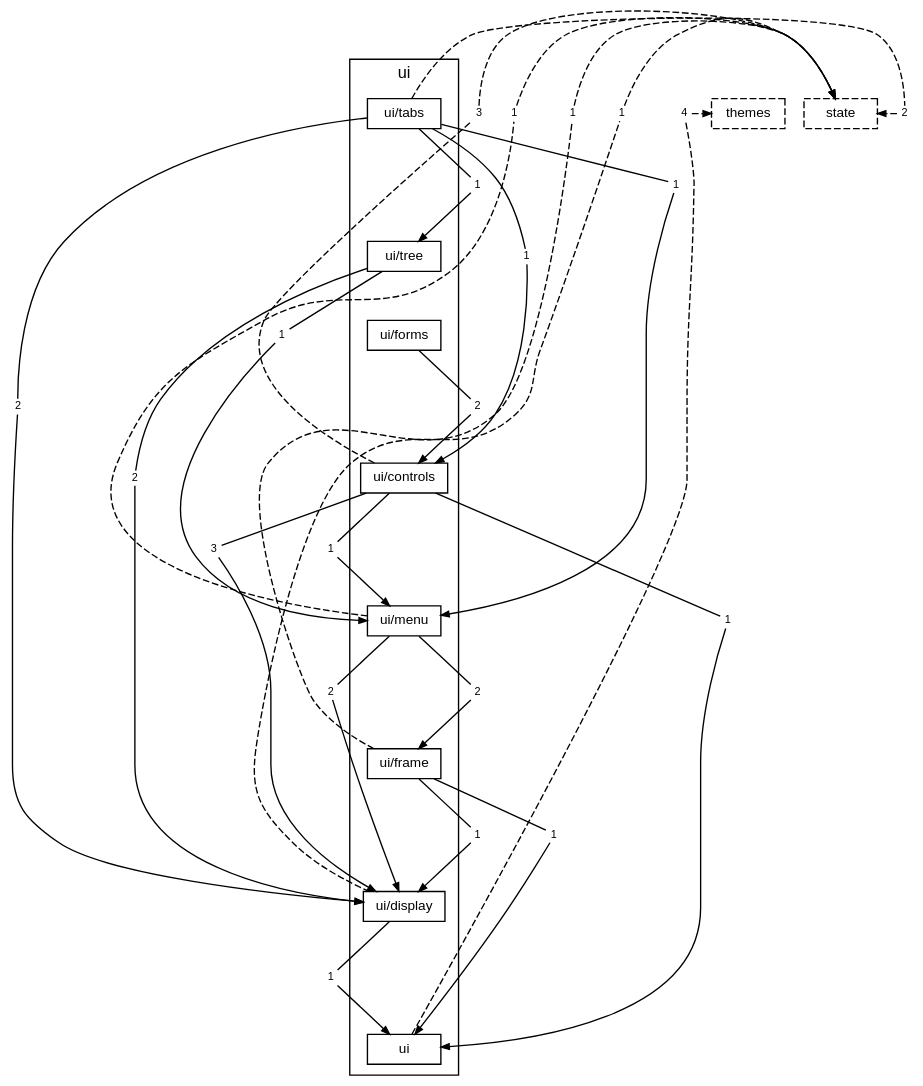
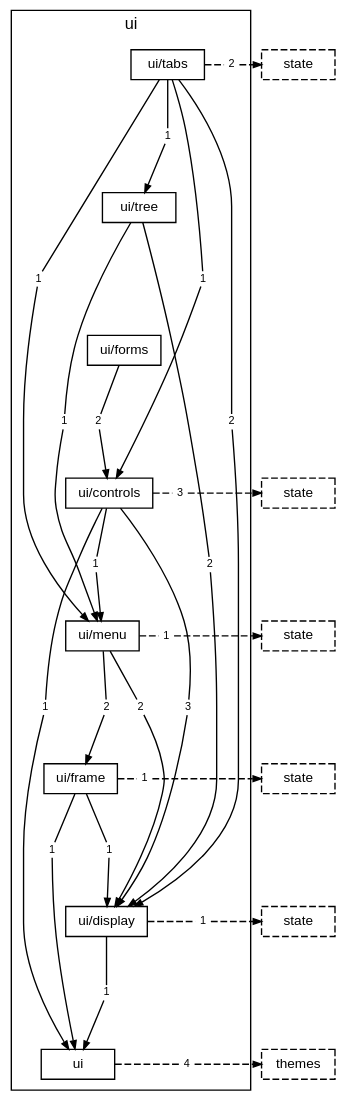
One commit to TheAxeC/oculus changed the diagram in docs/diagrams/layer-ui.dot. Above: the diagram before and after it, drawn with Graphviz. The commit also changed 33 other files, not shown here.

First line of the commit message:
Land Q74: the layer diagrams readable with every count clear

```diff
--- a/docs/diagrams/layer-ui.dot
+++ b/docs/diagrams/layer-ui.dot
@@ -12,77 +12,87 @@
         "folder ui/frame" [label="ui/frame"];
         "folder ui/display" [label="ui/display"];
         "folder ui" [label="ui"];
+        "folder ui/tabs to folder ui/controls" [label="1", shape=box, color="transparent", fontsize=8, width=0, height=0, margin="0.04,0.02"];
+        "folder ui/tabs to folder ui/display" [label="2", shape=box, color="transparent", fontsize=8, width=0, height=0, margin="0.04,0.02"];
+        "folder ui/tabs to folder ui/menu" [label="1", shape=box, color="transparent", fontsize=8, width=0, height=0, margin="0.04,0.02"];
+        "folder ui/tabs to folder ui/tree" [label="1", shape=box, color="transparent", fontsize=8, width=0, height=0, margin="0.04,0.02"];
+        "folder ui/tabs to layer state" [label="2", shape=box, color="transparent", fontsize=8, width=0, height=0, margin="0.04,0.02"];
+        "folder ui/tree to folder ui/display" [label="2", shape=box, color="transparent", fontsize=8, width=0, height=0, margin="0.04,0.02"];
+        "folder ui/tree to folder ui/menu" [label="1", shape=box, color="transparent", fontsize=8, width=0, height=0, margin="0.04,0.02"];
+        "folder ui/forms to folder ui/controls" [label="2", shape=box, color="transparent", fontsize=8, width=0, height=0, margin="0.04,0.02"];
+        "folder ui/controls to folder ui" [label="1", shape=box, color="transparent", fontsize=8, width=0, height=0, margin="0.04,0.02"];
+        "folder ui/controls to folder ui/display" [label="3", shape=box, color="transparent", fontsize=8, width=0, height=0, margin="0.04,0.02"];
+        "folder ui/controls to folder ui/menu" [label="1", shape=box, color="transparent", fontsize=8, width=0, height=0, margin="0.04,0.02"];
+        "folder ui/controls to layer state" [label="3", shape=box, color="transparent", fontsize=8, width=0, height=0, margin="0.04,0.02"];
+        "folder ui/menu to folder ui/display" [label="2", shape=box, color="transparent", fontsize=8, width=0, height=0, margin="0.04,0.02"];
+        "folder ui/menu to folder ui/frame" [label="2", shape=box, color="transparent", fontsize=8, width=0, height=0, margin="0.04,0.02"];
+        "folder ui/menu to layer state" [label="1", shape=box, color="transparent", fontsize=8, width=0, height=0, margin="0.04,0.02"];
+        "folder ui/frame to folder ui" [label="1", shape=box, color="transparent", fontsize=8, width=0, height=0, margin="0.04,0.02"];
+        "folder ui/frame to folder ui/display" [label="1", shape=box, color="transparent", fontsize=8, width=0, height=0, margin="0.04,0.02"];
+        "folder ui/frame to layer state" [label="1", shape=box, color="transparent", fontsize=8, width=0, height=0, margin="0.04,0.02"];
+        "folder ui/display to folder ui" [label="1", shape=box, color="transparent", fontsize=8, width=0, height=0, margin="0.04,0.02"];
+        "folder ui/display to layer state" [label="1", shape=box, color="transparent", fontsize=8, width=0, height=0, margin="0.04,0.02"];
+        "folder ui to layer themes" [label="4", shape=box, color="transparent", fontsize=8, width=0, height=0, margin="0.04,0.02"];
     }
-    "layer state" [label="state", style=dashed];
-    "layer themes" [label="themes", style=dashed];
-    "folder ui/tabs" -> "folder ui/tree" [style=invis, weight=10];
-    "folder ui/tree" -> "folder ui/forms" [style=invis, weight=10];
-    "folder ui/forms" -> "folder ui/controls" [style=invis, weight=10];
-    "folder ui/controls" -> "folder ui/menu" [style=invis, weight=10];
-    "folder ui/menu" -> "folder ui/frame" [style=invis, weight=10];
-    "folder ui/frame" -> "folder ui/display" [style=invis, weight=10];
-    "folder ui/display" -> "folder ui" [style=invis, weight=10];
-    "folder ui to layer themes" [label="4", shape=box, color="transparent", fontsize=8, width=0, height=0, margin="0.04,0.02"];
-    "folder ui" -> "folder ui to layer themes" [arrowhead=none, style=dashed, constraint=false];
-    "folder ui to layer themes" -> "layer themes" [style=dashed, constraint=false];
-    "folder ui/controls to folder ui" [label="1", shape=box, color="transparent", fontsize=8, width=0, height=0, margin="0.04,0.02"];
-    "folder ui/controls" -> "folder ui/controls to folder ui" [arrowhead=none];
+    "layer state from folder ui/tabs" [label="state", style=dashed];
+    "layer state from folder ui/controls" [label="state", style=dashed];
+    "layer state from folder ui/menu" [label="state", style=dashed];
+    "layer state from folder ui/frame" [label="state", style=dashed];
+    "layer state from folder ui/display" [label="state", style=dashed];
+    "layer themes from folder ui" [label="themes", style=dashed];
+    "folder ui/tabs" -> "folder ui/tree" [style=invis, weight=10, minlen=2];
+    "folder ui/tree" -> "folder ui/forms" [style=invis, weight=10, minlen=2];
+    "folder ui/forms" -> "folder ui/controls" [style=invis, weight=10, minlen=2];
+    "folder ui/controls" -> "folder ui/menu" [style=invis, weight=10, minlen=2];
+    "folder ui/menu" -> "folder ui/frame" [style=invis, weight=10, minlen=2];
+    "folder ui/frame" -> "folder ui/display" [style=invis, weight=10, minlen=2];
+    "folder ui/display" -> "folder ui" [style=invis, weight=10, minlen=2];
+    "folder ui/tabs" -> "folder ui/tabs to folder ui/controls" [arrowhead=none, minlen=3, weight=10];
+    "folder ui/tabs to folder ui/controls" -> "folder ui/controls" [];
+    "folder ui/tabs" -> "folder ui/tabs to folder ui/display" [arrowhead=none, minlen=5, weight=10];
+    "folder ui/tabs to folder ui/display" -> "folder ui/display" [];
+    "folder ui/tabs" -> "folder ui/tabs to folder ui/menu" [arrowhead=none, minlen=3, weight=10];
+    "folder ui/tabs to folder ui/menu" -> "folder ui/menu" [];
+    "folder ui/tabs" -> "folder ui/tabs to folder ui/tree" [arrowhead=none, minlen=1, weight=10];
+    "folder ui/tabs to folder ui/tree" -> "folder ui/tree" [];
+    "folder ui/tabs" -> "folder ui/tabs to layer state" [arrowhead=none, style=dashed];
+    "folder ui/tabs to layer state" -> "layer state from folder ui/tabs" [style=dashed];
+    { rank=same; "folder ui/tabs"; "folder ui/tabs to layer state"; "layer state from folder ui/tabs"; }
+    "folder ui/tree" -> "folder ui/tree to folder ui/display" [arrowhead=none, minlen=5, weight=10];
+    "folder ui/tree to folder ui/display" -> "folder ui/display" [];
+    "folder ui/tree" -> "folder ui/tree to folder ui/menu" [arrowhead=none, minlen=3, weight=10];
+    "folder ui/tree to folder ui/menu" -> "folder ui/menu" [];
+    "folder ui/forms" -> "folder ui/forms to folder ui/controls" [arrowhead=none, minlen=1, weight=10];
+    "folder ui/forms to folder ui/controls" -> "folder ui/controls" [];
+    "folder ui/controls" -> "folder ui/controls to folder ui" [arrowhead=none, minlen=3, weight=10];
     "folder ui/controls to folder ui" -> "folder ui" [];
-    "folder ui/controls to folder ui/display" [label="3", shape=box, color="transparent", fontsize=8, width=0, height=0, margin="0.04,0.02"];
-    "folder ui/controls" -> "folder ui/controls to folder ui/display" [arrowhead=none];
+    "folder ui/controls" -> "folder ui/controls to folder ui/display" [arrowhead=none, minlen=3, weight=10];
     "folder ui/controls to folder ui/display" -> "folder ui/display" [];
-    "folder ui/controls to folder ui/menu" [label="1", shape=box, color="transparent", fontsize=8, width=0, height=0, margin="0.04,0.02"];
-    "folder ui/controls" -> "folder ui/controls to folder ui/menu" [arrowhead=none];
+    "folder ui/controls" -> "folder ui/controls to folder ui/menu" [arrowhead=none, minlen=1, weight=10];
     "folder ui/controls to folder ui/menu" -> "folder ui/menu" [];
-    "folder ui/controls to layer state" [label="3", shape=box, color="transparent", fontsize=8, width=0, height=0, margin="0.04,0.02"];
-    "folder ui/controls" -> "folder ui/controls to layer state" [arrowhead=none, style=dashed, constraint=false];
-    "folder ui/controls to layer state" -> "layer state" [style=dashed, constraint=false];
-    "folder ui/display to folder ui" [label="1", shape=box, color="transparent", fontsize=8, width=0, height=0, margin="0.04,0.02"];
-    "folder ui/display" -> "folder ui/display to folder ui" [arrowhead=none];
+    "folder ui/controls" -> "folder ui/controls to layer state" [arrowhead=none, style=dashed];
+    "folder ui/controls to layer state" -> "layer state from folder ui/controls" [style=dashed];
+    { rank=same; "folder ui/controls"; "folder ui/controls to layer state"; "layer state from folder ui/controls"; }
+    "folder ui/menu" -> "folder ui/menu to folder ui/display" [arrowhead=none, minlen=1, weight=10];
+    "folder ui/menu to folder ui/display" -> "folder ui/display" [];
+    "folder ui/menu" -> "folder ui/menu to folder ui/frame" [arrowhead=none, minlen=1, weight=10];
+    "folder ui/menu to folder ui/frame" -> "folder ui/frame" [];
+    "folder ui/menu" -> "folder ui/menu to layer state" [arrowhead=none, style=dashed];
+    "folder ui/menu to layer state" -> "layer state from folder ui/menu" [style=dashed];
+    { rank=same; "folder ui/menu"; "folder ui/menu to layer state"; "layer state from folder ui/menu"; }
+    "folder ui/frame" -> "folder ui/frame to folder ui" [arrowhead=none, minlen=1, weight=10];
+    "folder ui/frame to folder ui" -> "folder ui" [];
+    "folder ui/frame" -> "folder ui/frame to folder ui/display" [arrowhead=none, minlen=1, weight=10];
+    "folder ui/frame to folder ui/display" -> "folder ui/display" [];
+    "folder ui/frame" -> "folder ui/frame to layer state" [arrowhead=none, style=dashed];
+    "folder ui/frame to layer state" -> "layer state from folder ui/frame" [style=dashed];
+    { rank=same; "folder ui/frame"; "folder ui/frame to layer state"; "layer state from folder ui/frame"; }
+    "folder ui/display" -> "folder ui/display to folder ui" [arrowhead=none, minlen=1, weight=10];
     "folder ui/display to folder ui" -> "folder ui" [];
-    "folder ui/display to layer state" [label="1", shape=box, color="transparent", fontsize=8, width=0, height=0, margin="0.04,0.02"];
-    "folder ui/display" -> "folder ui/display to layer state" [arrowhead=none, style=dashed, constraint=false];
-    "folder ui/display to layer state" -> "layer state" [style=dashed, constraint=false];
-    "folder ui/forms to folder ui/controls" [label="2", shape=box, color="transparent", fontsize=8, width=0, height=0, margin="0.04,0.02"];
-    "folder ui/forms" -> "folder ui/forms to folder ui/controls" [arrowhead=none];
-    "folder ui/forms to folder ui/controls" -> "folder ui/controls" [];
-    "folder ui/frame to folder ui" [label="1", shape=box, color="transparent", fontsize=8, width=0, height=0, margin="0.04,0.02"];
-    "folder ui/frame" -> "folder ui/frame to folder ui" [arrowhead=none];
-    "folder ui/frame to folder ui" -> "folder ui" [];
-    "folder ui/frame to folder ui/display" [label="1", shape=box, color="transparent", fontsize=8, width=0, height=0, margin="0.04,0.02"];
-    "folder ui/frame" -> "folder ui/frame to folder ui/display" [arrowhead=none];
-    "folder ui/frame to folder ui/display" -> "folder ui/display" [];
-    "folder ui/frame to layer state" [label="1", shape=box, color="transparent", fontsize=8, width=0, height=0, margin="0.04,0.02"];
-    "folder ui/frame" -> "folder ui/frame to layer state" [arrowhead=none, style=dashed, constraint=false];
-    "folder ui/frame to layer state" -> "layer state" [style=dashed, constraint=false];
-    "folder ui/menu to folder ui/display" [label="2", shape=box, color="transparent", fontsize=8, width=0, height=0, margin="0.04,0.02"];
-    "folder ui/menu" -> "folder ui/menu to folder ui/display" [arrowhead=none];
-    "folder ui/menu to folder ui/display" -> "folder ui/display" [];
-    "folder ui/menu to folder ui/frame" [label="2", shape=box, color="transparent", fontsize=8, width=0, height=0, margin="0.04,0.02"];
-    "folder ui/menu" -> "folder ui/menu to folder ui/frame" [arrowhead=none];
-    "folder ui/menu to folder ui/frame" -> "folder ui/frame" [];
-    "folder ui/menu to layer state" [label="1", shape=box, color="transparent", fontsize=8, width=0, height=0, margin="0.04,0.02"];
-    "folder ui/menu" -> "folder ui/menu to layer state" [arrowhead=none, style=dashed, constraint=false];
-    "folder ui/menu to layer state" -> "layer state" [style=dashed, constraint=false];
-    "folder ui/tabs to folder ui/controls" [label="1", shape=box, color="transparent", fontsize=8, width=0, height=0, margin="0.04,0.02"];
-    "folder ui/tabs" -> "folder ui/tabs to folder ui/controls" [arrowhead=none];
-    "folder ui/tabs to folder ui/controls" -> "folder ui/controls" [];
-    "folder ui/tabs to folder ui/display" [label="2", shape=box, color="transparent", fontsize=8, width=0, height=0, margin="0.04,0.02"];
-    "folder ui/tabs" -> "folder ui/tabs to folder ui/display" [arrowhead=none];
-    "folder ui/tabs to folder ui/display" -> "folder ui/display" [];
-    "folder ui/tabs to folder ui/menu" [label="1", shape=box, color="transparent", fontsize=8, width=0, height=0, margin="0.04,0.02"];
-    "folder ui/tabs" -> "folder ui/tabs to folder ui/menu" [arrowhead=none];
-    "folder ui/tabs to folder ui/menu" -> "folder ui/menu" [];
-    "folder ui/tabs to folder ui/tree" [label="1", shape=box, color="transparent", fontsize=8, width=0, height=0, margin="0.04,0.02"];
-    "folder ui/tabs" -> "folder ui/tabs to folder ui/tree" [arrowhead=none];
-    "folder ui/tabs to folder ui/tree" -> "folder ui/tree" [];
-    "folder ui/tabs to layer state" [label="2", shape=box, color="transparent", fontsize=8, width=0, height=0, margin="0.04,0.02"];
-    "folder ui/tabs" -> "folder ui/tabs to layer state" [arrowhead=none, style=dashed, constraint=false];
-    "folder ui/tabs to layer state" -> "layer state" [style=dashed, constraint=false];
-    "folder ui/tree to folder ui/display" [label="2", shape=box, color="transparent", fontsize=8, width=0, height=0, margin="0.04,0.02"];
-    "folder ui/tree" -> "folder ui/tree to folder ui/display" [arrowhead=none];
-    "folder ui/tree to folder ui/display" -> "folder ui/display" [];
-    "folder ui/tree to folder ui/menu" [label="1", shape=box, color="transparent", fontsize=8, width=0, height=0, margin="0.04,0.02"];
-    "folder ui/tree" -> "folder ui/tree to folder ui/menu" [arrowhead=none];
-    "folder ui/tree to folder ui/menu" -> "folder ui/menu" [];
+    "folder ui/display" -> "folder ui/display to layer state" [arrowhead=none, style=dashed];
+    "folder ui/display to layer state" -> "layer state from folder ui/display" [style=dashed];
+    { rank=same; "folder ui/display"; "folder ui/display to layer state"; "layer state from folder ui/display"; }
+    "folder ui" -> "folder ui to layer themes" [arrowhead=none, style=dashed];
+    "folder ui to layer themes" -> "layer themes from folder ui" [style=dashed];
+    { rank=same; "folder ui"; "folder ui to layer themes"; "layer themes from folder ui"; }
 }
```
